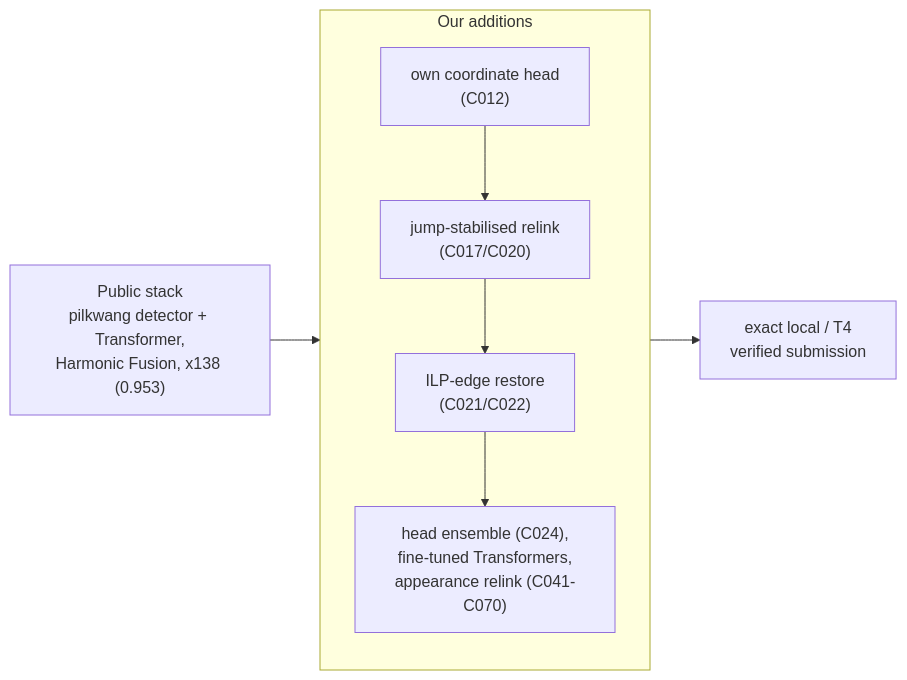
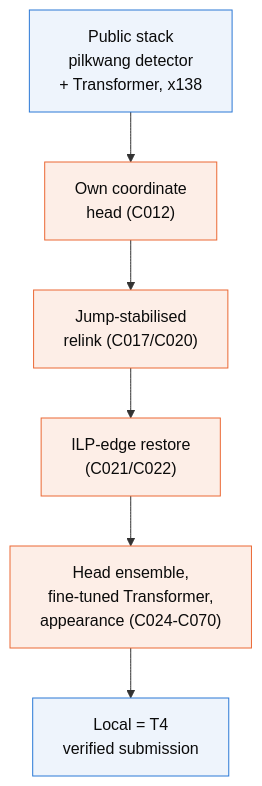
The diagram in README.md (TaeyanG4/biohub-cell-tracking-during-development), drawn with Mermaid before and after one commit. The commit also changed other lines of this file and 3 other files, not shown here.

First line of the commit message:
Make Mermaid diagrams readable on GitHub

````diff
--- a/README.md
+++ b/README.md
@@ -28,8 +28,12 @@
 ```mermaid
-flowchart LR
-    PUB["Public stack<br/>pilkwang detector + Transformer,<br/>Harmonic Fusion, x138 (0.953)"] --> OURS
-    subgraph OURS["Our additions"]
-      H["own coordinate head<br/>(C012)"] --> S["jump-stabilised relink<br/>(C017/C020)"] --> R["ILP-edge restore<br/>(C021/C022)"] --> E["head ensemble (C024),<br/>fine-tuned Transformers,<br/>appearance relink (C041-C070)"]
-    end
-    OURS --> SUB["exact local / T4<br/>verified submission"]
+flowchart TD
+    PUB["Public stack<br/>pilkwang detector<br/>+ Transformer, x138"] --> H["Own coordinate<br/>head (C012)"]
+    H --> S["Jump-stabilised<br/>relink (C017/C020)"]
+    S --> R["ILP-edge restore<br/>(C021/C022)"]
+    R --> E["Head ensemble,<br/>fine-tuned Transformer,<br/>appearance (C024-C070)"]
+    E --> SUB["Local = T4<br/>verified submission"]
+    classDef public fill:#eef4fc,stroke:#2a78d6,color:#0b0b0b;
+    classDef ours fill:#fdeee7,stroke:#eb6834,color:#0b0b0b;
+    class PUB,SUB public;
+    class H,S,R,E ours;
 ```
````
